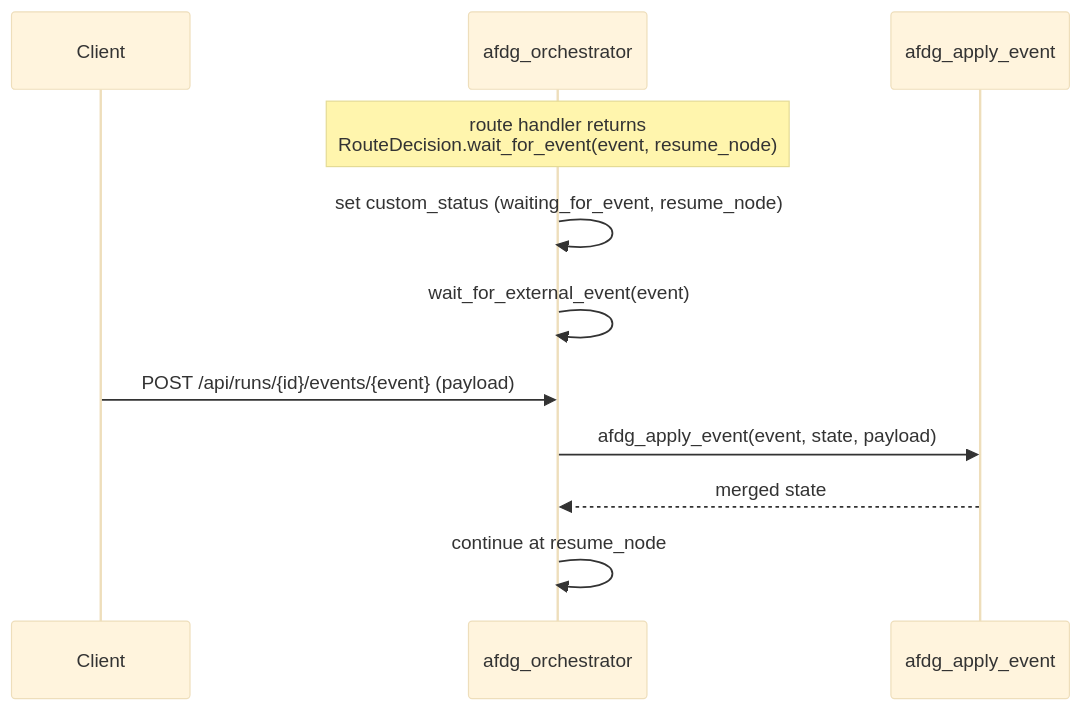
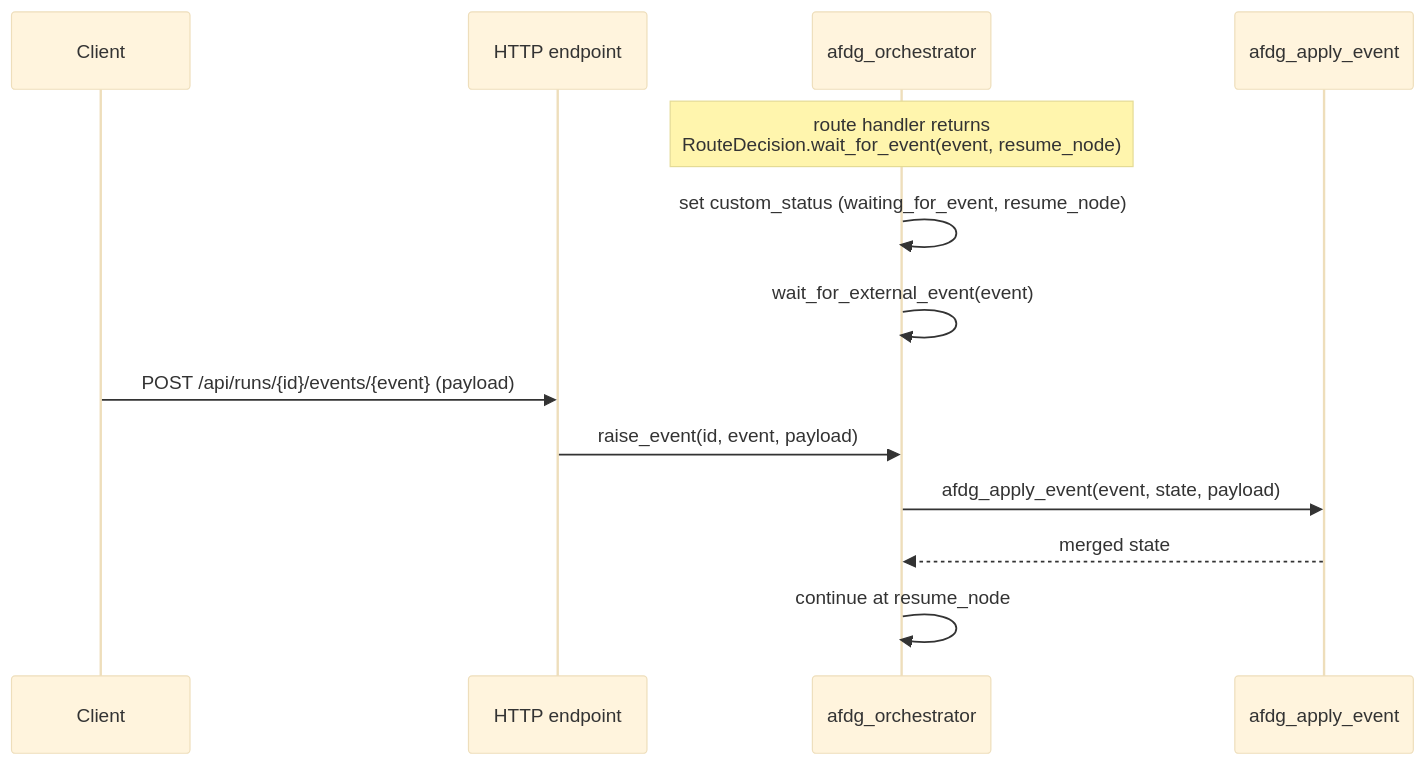
Before and after one commit to yeongseon/azure-functions-durable-graph-python: the first of 2 diagrams in docs/usage.md, drawn with Mermaid (base theme). The commit also changed other lines of this file and 5 other files, not shown here.

Commit message:
docs: correct diagrams to match runtime (start_new by name, raise_event via HTTP endpoint, model_validate merge)

````diff
--- a/docs/usage.md
+++ b/docs/usage.md
@@ -122,14 +122,16 @@
 ```mermaid
 sequenceDiagram
     participant Client
+    participant HTTP as HTTP endpoint
     participant Orch as afdg_orchestrator
     participant Act as afdg_apply_event
 
     Note over Orch: route handler returns<br/>RouteDecision.wait_for_event(event, resume_node)
     Orch->>Orch: set custom_status (waiting_for_event, resume_node)
     Orch->>Orch: wait_for_external_event(event)
-    Client->>Orch: POST /api/runs/{id}/events/{event} (payload)
+    Client->>HTTP: POST /api/runs/{id}/events/{event} (payload)
+    HTTP->>Orch: raise_event(id, event, payload)
     Orch->>Act: afdg_apply_event(event, state, payload)
     Act-->>Orch: merged state
     Orch->>Orch: continue at resume_node
 ```
````
